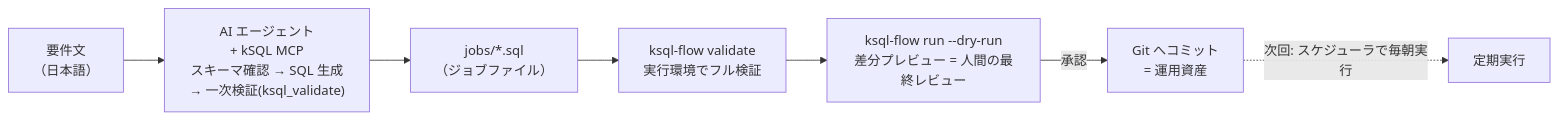
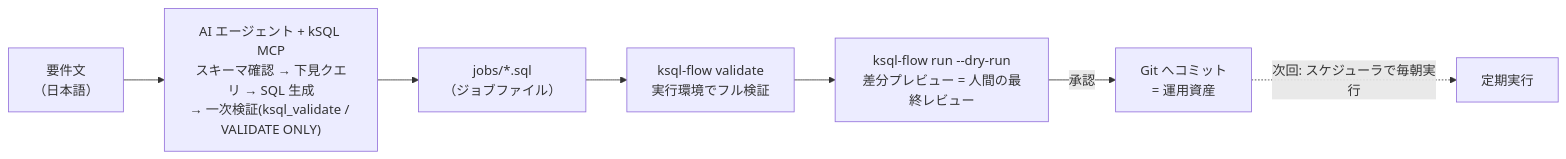
The diagram in docs/internal/qiita_draft_02_ai.md (rex0220/ksql-flow), drawn with Mermaid before and after one commit. The commit also changed other lines of this file, not shown here.

````diff
--- a/docs/internal/qiita_draft_02_ai.md
+++ b/docs/internal/qiita_draft_02_ai.md
@@ -33,9 +33,9 @@
 ```mermaid
 flowchart LR
-    REQ["要件文<br/>（日本語）"] --> AI["AI エージェント<br/>+ kSQL MCP<br/>スキーマ確認 → SQL 生成<br/>→ 一次検証(ksql_validate)"]
+    REQ["要件文<br/>（日本語）"] --> AI["AI エージェント + kSQL MCP<br/>スキーマ確認 → 下見クエリ → SQL 生成<br/>→ 一次検証(ksql_validate / VALIDATE ONLY)"]
     AI --> JOB["jobs/*.sql<br/>（ジョブファイル）"]
     JOB --> VAL["ksql-flow validate<br/>実行環境でフル検証"]
     VAL --> DRY["ksql-flow run --dry-run<br/>差分プレビュー = 人間の最終レビュー"]
     DRY -->|"承認"| GIT["Git へコミット<br/>= 運用資産"]
     GIT -.->|"次回: スケジューラで毎朝実行"| OPS["定期実行"]
 ```
````
